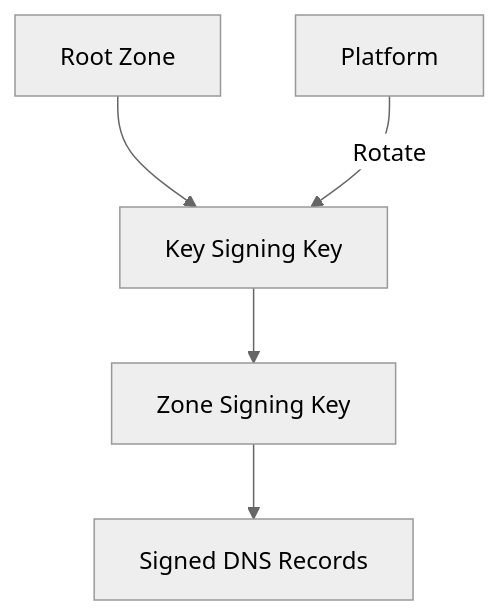
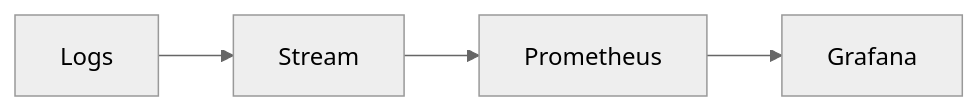
One commit to Devopstrio/hybrid-dns-resolution changed the ninth of 30 diagrams in README.md. Above: the diagram before and after it, drawn with Mermaid (neutral theme). The commit also changed other lines of this file, not shown here.

Commit message:
docs: expand README with 30+ architectural diagrams

````diff
--- a/README.md
+++ b/README.md
@@ -165,7 +111,6 @@
 ```mermaid
-graph TD
-    Root[Root Zone] --> KSK[Key Signing Key]
-    KSK --> ZSK[Zone Signing Key]
-    ZSK --> Records[Signed DNS Records]
-    Platform[Platform] -- "Rotate" --> KSK
+graph LR
+    L[Logs] --> S[Stream]
+    S --> P[Prometheus]
+    P --> G[Grafana]
 ```
````
